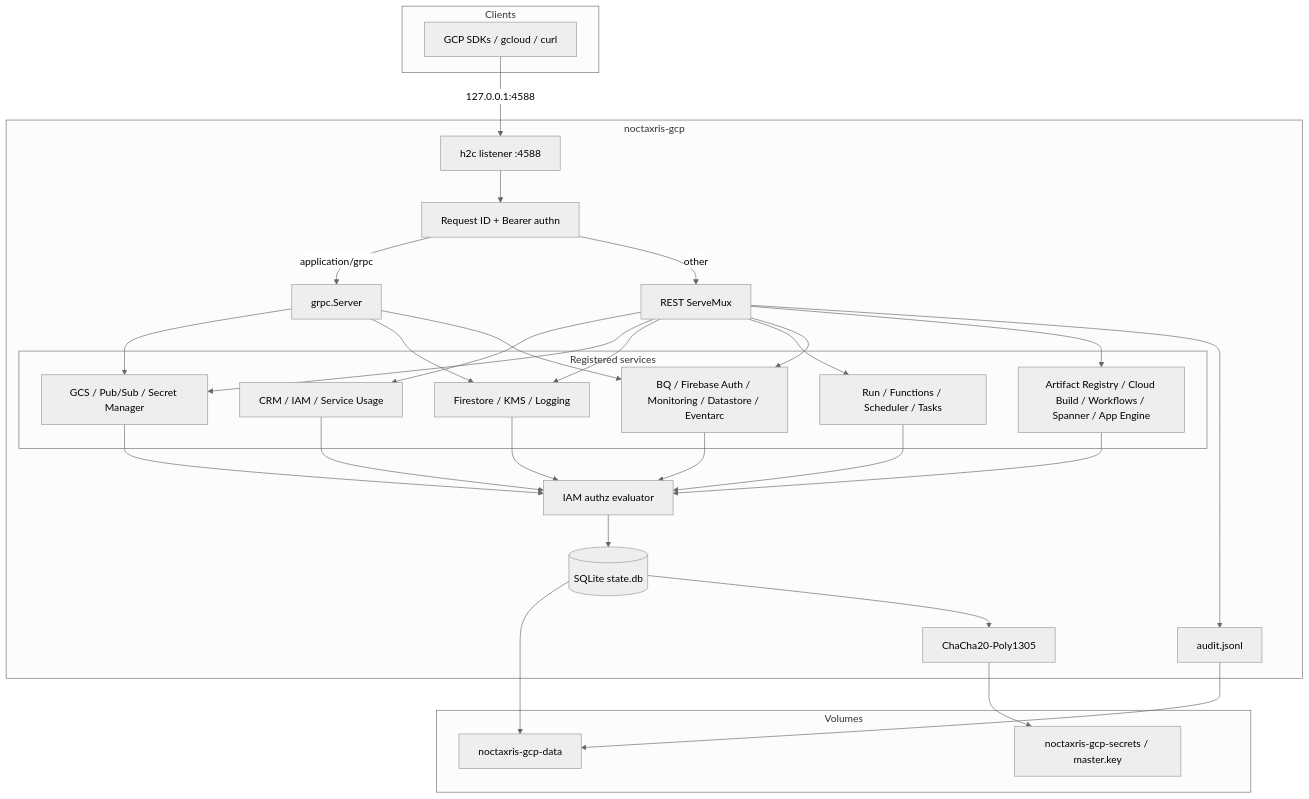
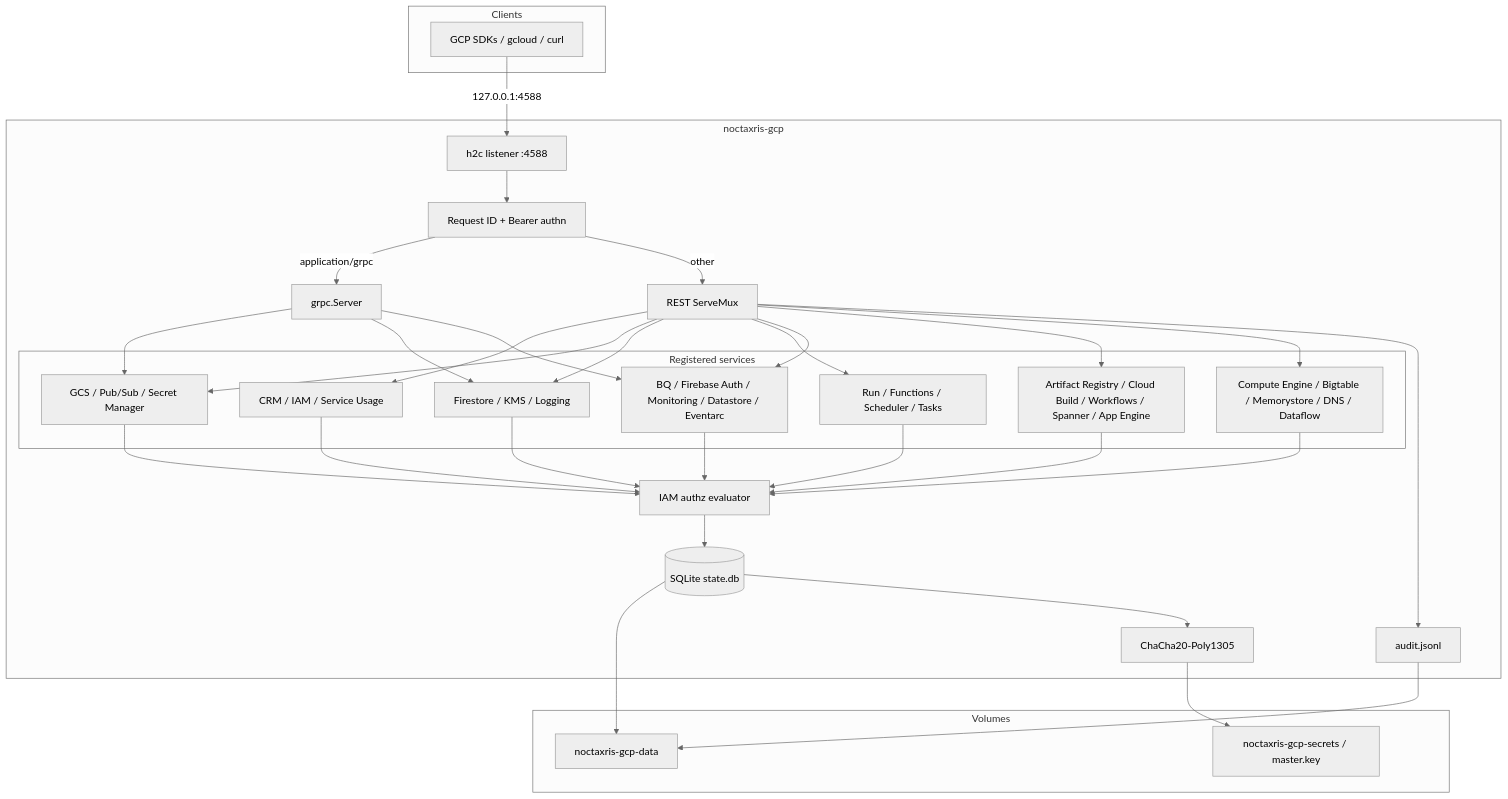
Before and after one commit to Kyaxris-Labs/Noctaxris-GCP: the diagram in docs/architecture.md, drawn with Mermaid (neutral theme). The commit also changed other lines of this file and 98 other files, not shown here.

````diff
--- a/docs/architecture.md
+++ b/docs/architecture.md
@@ -6,57 +6,60 @@
 ```mermaid
 flowchart TB
   subgraph clients [Clients]
     SDK[GCP SDKs / gcloud / curl]
   end
 
   subgraph process [noctaxris-gcp]
     H2C[h2c listener :4588]
     MW[Request ID + Bearer authn]
     REST[REST ServeMux]
     GRPC[grpc.Server]
     AUTHZ[IAM authz evaluator]
     STORE[(SQLite state.db)]
     AEAD[ChaCha20-Poly1305]
     AUDIT[audit.jsonl]
 
     subgraph services [Registered services]
       ID[CRM / IAM / Service Usage]
       DATA[GCS / Pub/Sub / Secret Manager]
       DOC[Firestore / KMS / Logging]
       CMP[Run / Functions / Scheduler / Tasks]
       AN[BQ / Firebase Auth / Monitoring / Datastore / Eventarc]
-      EXP[Artifact Registry / Cloud Build / Workflows / Spanner / App Engine]
+      APPS[Artifact Registry / Cloud Build / Workflows / Spanner / App Engine]
+      CDATA[Compute Engine / Bigtable / Memorystore / DNS / Dataflow]
     end
   end
 
   subgraph volumes [Volumes]
     DATAVOL[noctaxris-gcp-data]
     SECRETS[noctaxris-gcp-secrets / master.key]
   end
 
   SDK -->|127.0.0.1:4588| H2C
   H2C --> MW
   MW -->|application/grpc| GRPC
   MW -->|other| REST
   REST --> ID
   REST --> DATA
   REST --> DOC
   REST --> CMP
   REST --> AN
-  REST --> EXP
+  REST --> APPS
+  REST --> CDATA
   GRPC --> DATA
   GRPC --> DOC
   GRPC --> AN
   ID --> AUTHZ
   DATA --> AUTHZ
   DOC --> AUTHZ
   CMP --> AUTHZ
   AN --> AUTHZ
-  EXP --> AUTHZ
+  APPS --> AUTHZ
+  CDATA --> AUTHZ
   AUTHZ --> STORE
   STORE --> DATAVOL
   AEAD --> SECRETS
   STORE --> AEAD
   REST --> AUDIT
   AUDIT --> DATAVOL
 ```
````
